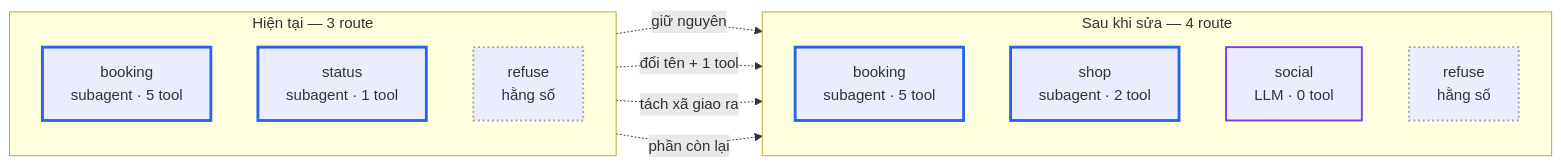
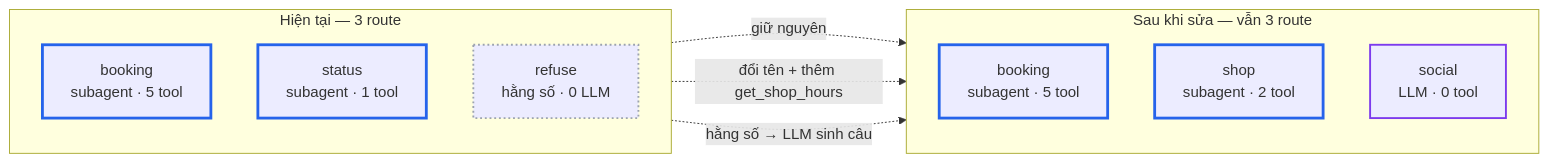
Before and after one commit to BuiHenry1404/salona-booking: the third of 3 diagrams in docs/superpowers/specs/2026-08-30-agent-routing-redesign-design.md, drawn with Mermaid. The commit also changed other lines of this file, not shown here.

First line of the commit message:
docs: bỏ hẳn node refuse, gộp từ chối vào social

````diff
--- a/docs/superpowers/specs/2026-08-30-agent-routing-redesign-design.md
+++ b/docs/superpowers/specs/2026-08-30-agent-routing-redesign-design.md
@@ -178,30 +177,28 @@
 ```mermaid
 flowchart LR
     subgraph now["Hiện tại — 3 route"]
         direction TB
         N1["booking<br/>subagent · 5 tool"]
         N2["status<br/>subagent · 1 tool"]
-        N3["refuse<br/>hằng số"]
+        N3["refuse<br/>hằng số · 0 LLM"]
     end
 
-    subgraph next["Sau khi sửa — 4 route"]
+    subgraph next["Sau khi sửa — vẫn 3 route"]
         direction TB
         M1["booking<br/>subagent · 5 tool"]
         M2["shop<br/>subagent · 2 tool"]
         M3["social<br/>LLM · 0 tool"]
-        M4["refuse<br/>hằng số"]
     end
 
     N1 -.->|giữ nguyên| M1
-    N2 -.->|đổi tên + 1 tool| M2
-    N3 -.->|tách xã giao ra| M3
-    N3 -.->|phần còn lại| M4
+    N2 -.->|"đổi tên + thêm get_shop_hours"| M2
+    N3 -.->|"hằng số → LLM sinh câu"| M3
 
     classDef agent stroke:#2563eb,stroke-width:3px
     classDef llm stroke:#7c3aed,stroke-width:2px
     classDef fixed stroke:#9ca3af,stroke-width:2px,stroke-dasharray:2 3
 
     class N1,N2,M1,M2 agent
     class M3 llm
-    class N3,M4 fixed
+    class N3 fixed
 ```
````
